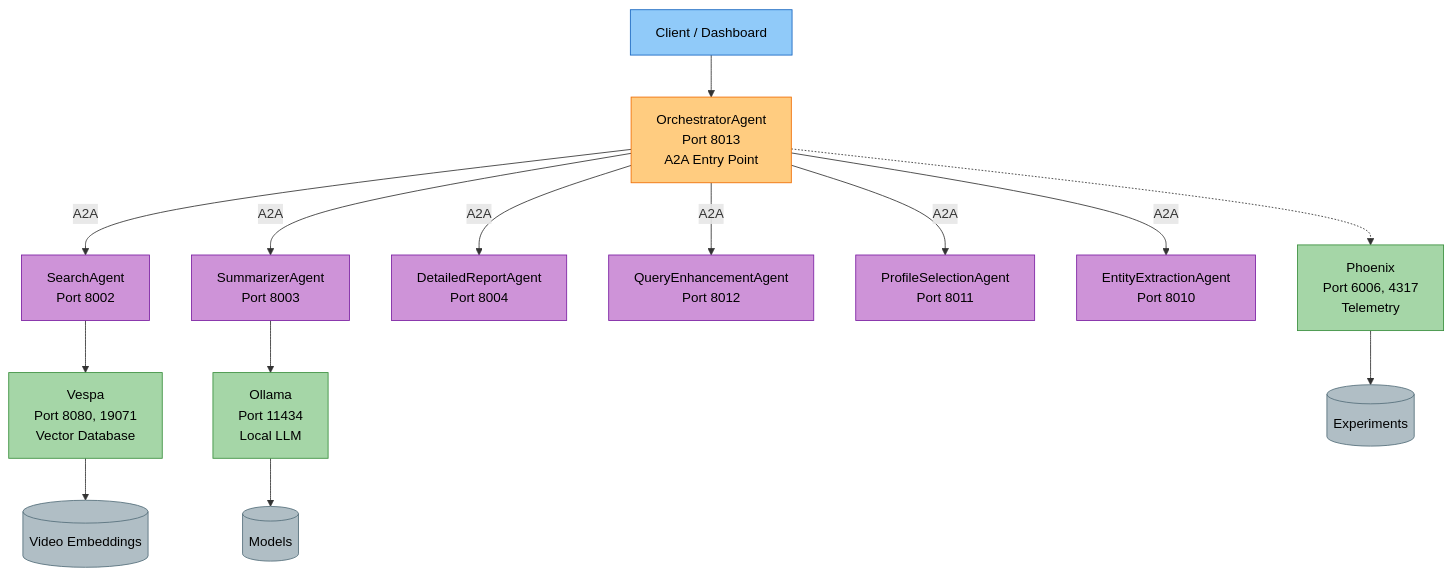
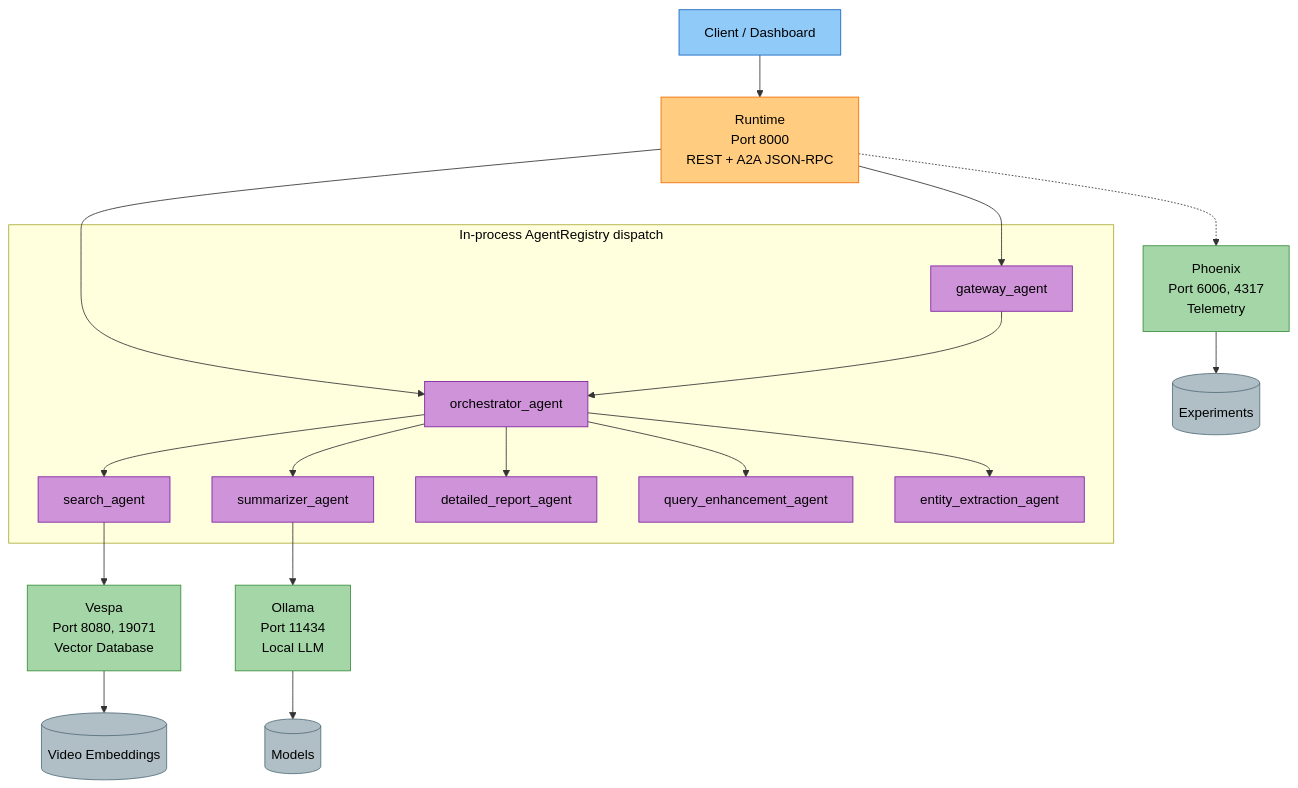
One commit to amit-jain/cogniverse changed the diagram in docs/operations/deployment.md. Above: the diagram before and after it, drawn with Mermaid. The commit also changed other lines of this file and 19 other files, not shown here.

````diff
--- a/docs/operations/deployment.md
+++ b/docs/operations/deployment.md
@@ -33,36 +44,49 @@
 ```mermaid
 flowchart TB
     Client["<span style='color:#000'>Client / Dashboard</span>"]
 
-    Client --> Orchestrator["<span style='color:#000'>OrchestratorAgent<br/>Port 8013<br/>A2A Entry Point</span>"]
+    Client --> Runtime["<span style='color:#000'>Runtime<br/>Port 8000<br/>REST + A2A JSON-RPC</span>"]
 
-    Orchestrator --> |A2A| Search["<span style='color:#000'>SearchAgent<br/>Port 8002</span>"]
-    Orchestrator --> |A2A| Summarizer["<span style='color:#000'>SummarizerAgent<br/>Port 8003</span>"]
-    Orchestrator --> |A2A| DetailedReport["<span style='color:#000'>DetailedReportAgent<br/>Port 8004</span>"]
-    Orchestrator --> |A2A| QueryEnh["<span style='color:#000'>QueryEnhancementAgent<br/>Port 8012</span>"]
-    Orchestrator --> |A2A| ProfileSel["<span style='color:#000'>ProfileSelectionAgent<br/>Port 8011</span>"]
-    Orchestrator --> |A2A| EntityExt["<span style='color:#000'>EntityExtractionAgent<br/>Port 8010</span>"]
+    subgraph Registry["<span style='color:#000'>In-process AgentRegistry dispatch</span>"]
+      Gateway["<span style='color:#000'>gateway_agent</span>"]
+      Orchestrator["<span style='color:#000'>orchestrator_agent</span>"]
+      Search["<span style='color:#000'>search_agent</span>"]
+      Summarizer["<span style='color:#000'>summarizer_agent</span>"]
+      DetailedReport["<span style='color:#000'>detailed_report_agent</span>"]
+      QueryEnh["<span style='color:#000'>query_enhancement_agent</span>"]
+      EntityExt["<span style='color:#000'>entity_extraction_agent</span>"]
+    end
+
+    Runtime --> Gateway
+    Runtime --> Orchestrator
+    Gateway --> Orchestrator
+    Orchestrator --> Search
+    Orchestrator --> Summarizer
+    Orchestrator --> DetailedReport
+    Orchestrator --> QueryEnh
+    Orchestrator --> EntityExt
 
     Search --> Vespa["<span style='color:#000'>Vespa<br/>Port 8080, 19071<br/>Vector Database</span>"]
-    Orchestrator -.-> Phoenix["<span style='color:#000'>Phoenix<br/>Port 6006, 4317<br/>Telemetry</span>"]
+    Runtime -.-> Phoenix["<span style='color:#000'>Phoenix<br/>Port 6006, 4317<br/>Telemetry</span>"]
     Summarizer --> Ollama["<span style='color:#000'>Ollama<br/>Port 11434<br/>Local LLM</span>"]
 
     Vespa --> VespaData[("<span style='color:#000'>Video Embeddings</span>")]
     Phoenix --> PhoenixData[("<span style='color:#000'>Experiments</span>")]
     Ollama --> OllamaData[("<span style='color:#000'>Models</span>")]
 
     style Client fill:#90caf9,stroke:#1565c0,color:#000
-    style Orchestrator fill:#ffcc80,stroke:#ef6c00,color:#000
+    style Runtime fill:#ffcc80,stroke:#ef6c00,color:#000
+    style Gateway fill:#ce93d8,stroke:#7b1fa2,color:#000
+    style Orchestrator fill:#ce93d8,stroke:#7b1fa2,color:#000
     style Search fill:#ce93d8,stroke:#7b1fa2,color:#000
     style Summarizer fill:#ce93d8,stroke:#7b1fa2,color:#000
     style DetailedReport fill:#ce93d8,stroke:#7b1fa2,color:#000
     style QueryEnh fill:#ce93d8,stroke:#7b1fa2,color:#000
-    style ProfileSel fill:#ce93d8,stroke:#7b1fa2,color:#000
     style EntityExt fill:#ce93d8,stroke:#7b1fa2,color:#000
     style Vespa fill:#a5d6a7,stroke:#388e3c,color:#000
     style Phoenix fill:#a5d6a7,stroke:#388e3c,color:#000
     style Ollama fill:#a5d6a7,stroke:#388e3c,color:#000
     style VespaData fill:#b0bec5,stroke:#546e7a,color:#000
     style PhoenixData fill:#b0bec5,stroke:#546e7a,color:#000
     style OllamaData fill:#b0bec5,stroke:#546e7a,color:#000
 ```
````
